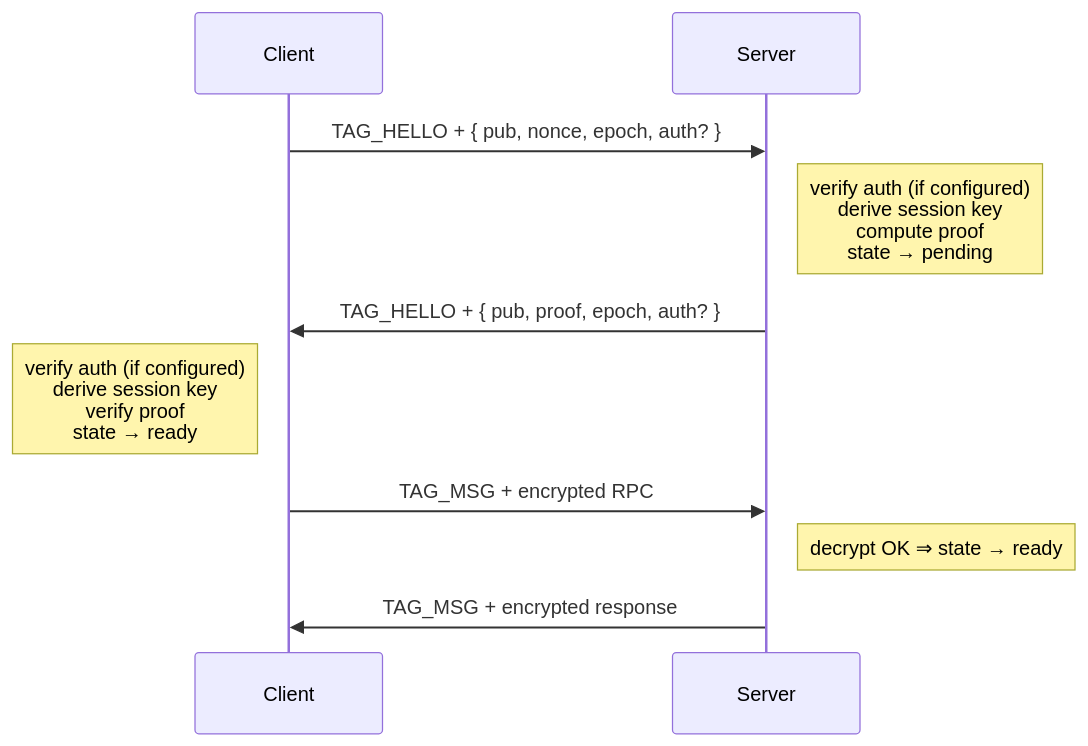
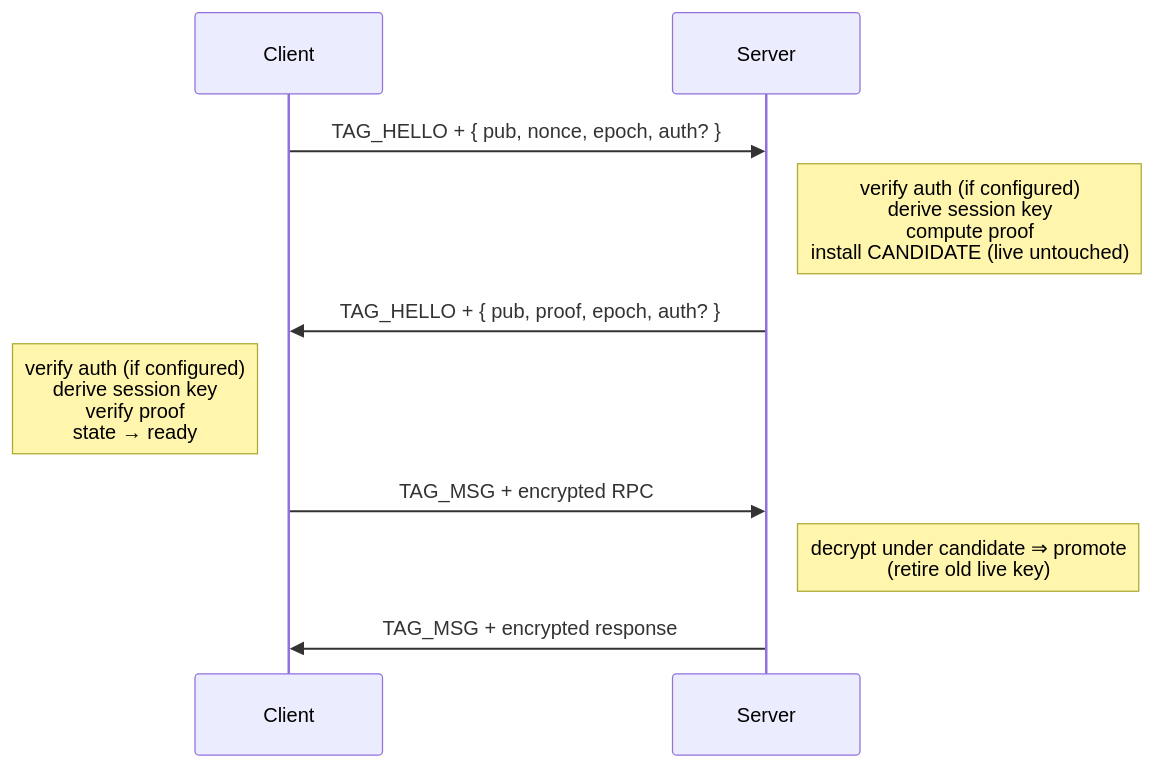
One commit to dotexorg/saferpc changed the diagram in spec/protocol.md. Above: the diagram before and after it, drawn with Mermaid. The commit also changed other lines of this file and 5 other files, not shown here.

````diff
--- a/spec/protocol.md
+++ b/spec/protocol.md
@@ -116,10 +116,10 @@
 ```mermaid
 sequenceDiagram
     Client->>Server: TAG_HELLO + { pub, nonce, epoch, auth? }
-    Note right of Server: verify auth (if configured)<br/>derive session key<br/>compute proof<br/>state → pending
+    Note right of Server: verify auth (if configured)<br/>derive session key<br/>compute proof<br/>install CANDIDATE (live untouched)
     Server->>Client: TAG_HELLO + { pub, proof, epoch, auth? }
     Note left of Client: verify auth (if configured)<br/>derive session key<br/>verify proof<br/>state → ready
     Client->>Server: TAG_MSG + encrypted RPC
-    Note right of Server: decrypt OK ⇒ state → ready
+    Note right of Server: decrypt under candidate ⇒ promote<br/>(retire old live key)
     Server->>Client: TAG_MSG + encrypted response
 ```
````
